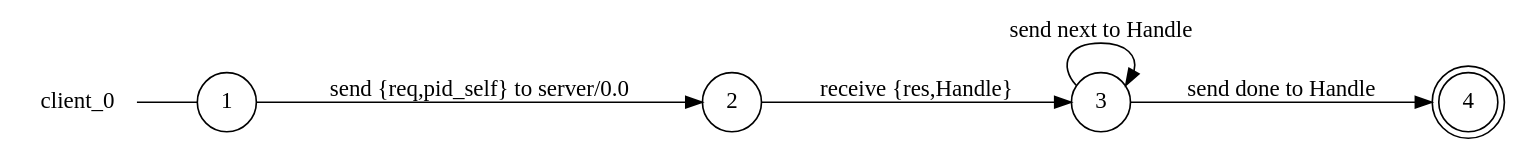
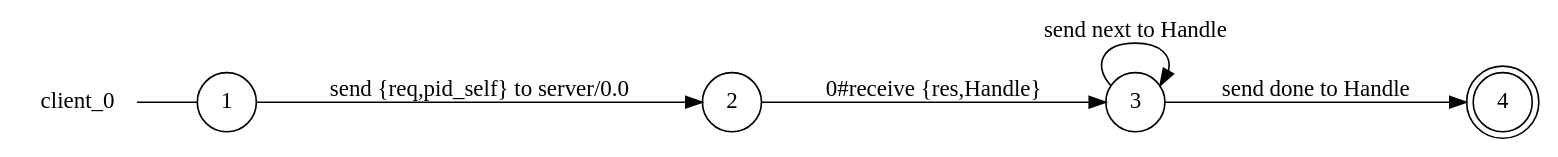
Before and after one commit to gabrielegenovese/chorer: the diagram in examples/serverclient/client_0_local_view.dot, drawn with Graphviz. The commit also changed 60 other files, not shown here.

```diff
--- a/examples/serverclient/client_0_local_view.dot
+++ b/examples/serverclient/client_0_local_view.dot
@@ -1,14 +1,14 @@
 digraph client_0 {
 	rankdir="LR";
 	n_0 [label="client_0", shape="plaintext"];
 	n_1 [id="1", shape=circle, label="1"];
 	n_0 -> n_1 [arrowhead=none];
 	n_2 [id="2", shape=doublecircle, label="4"];
 	n_3 [id="4", shape=circle, label="2"];
 	n_4 [id="3", shape=circle, label="3"];
 
-	n_3 -> n_4 [id="[$e|3]", label="receive {res,Handle}"];
+	n_1 -> n_3 [id="[$e|2]", label="send {req,pid_self} to server/0.0"];
 	n_4 -> n_2 [id="[$e|5]", label="send done to Handle"];
-	n_1 -> n_3 [id="[$e|1]", label="send {req,pid_self} to server/0.0"];
+	n_3 -> n_4 [id="[$e|0]", label="0#receive {res,Handle}"];
 	n_4 -> n_4 [id="[$e|7]", label="send next to Handle"];
 }
```
